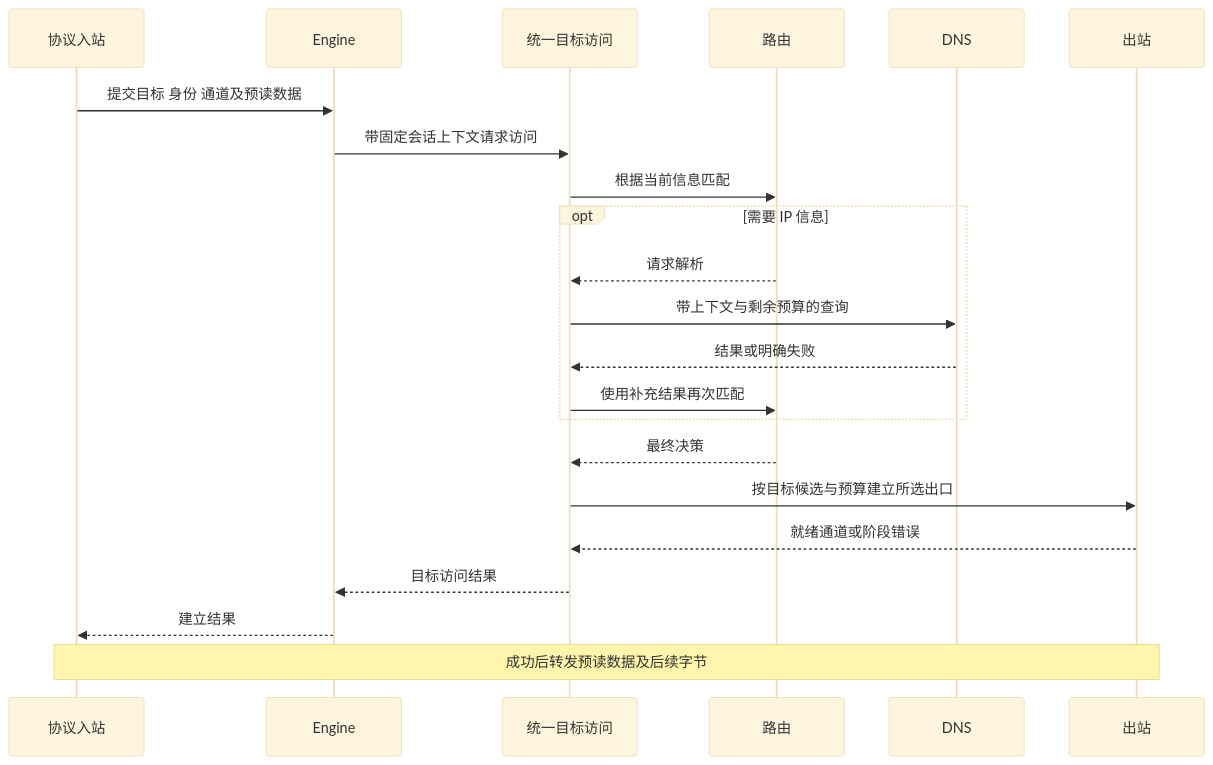
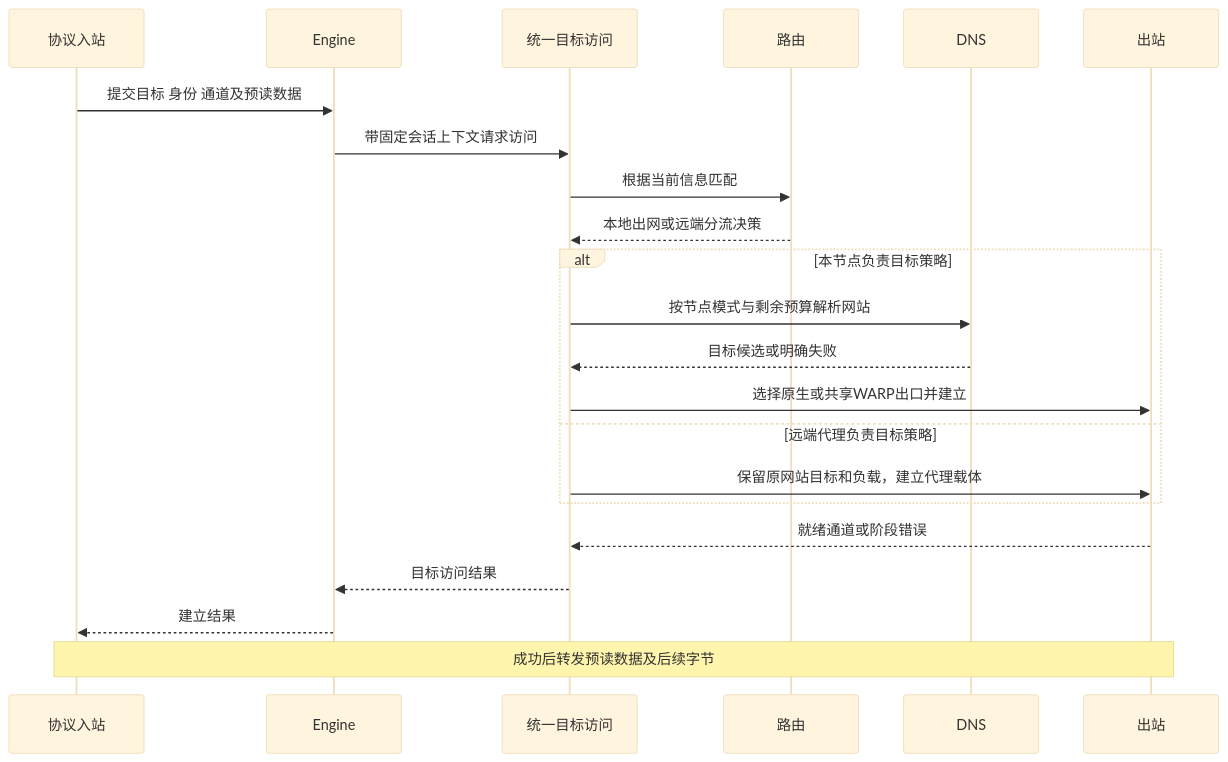
One commit to yuuuki-creation/kerlico changed the diagram in docs/data-paths.md. Above: the diagram before and after it, drawn with Mermaid (base theme). The commit also changed other lines of this file and 588 other files, not shown here.

````diff
--- a/docs/data-paths.md
+++ b/docs/data-paths.md
@@ -28,24 +30,24 @@
 ```mermaid
 sequenceDiagram
     participant I as 协议入站
     participant E as Engine
     participant A as 统一目标访问
     participant R as 路由
     participant D as DNS
     participant O as 出站
     I->>E: 提交目标 身份 通道及预读数据
     E->>A: 带固定会话上下文请求访问
     A->>R: 根据当前信息匹配
-    opt 需要 IP 信息
-        R-->>A: 请求解析
-        A->>D: 带上下文与剩余预算的查询
-        D-->>A: 结果或明确失败
-        A->>R: 使用补充结果再次匹配
+    R-->>A: 本地出网或远端分流决策
+    alt 本节点负责目标策略
+        A->>D: 按节点模式与剩余预算解析网站
+        D-->>A: 目标候选或明确失败
+        A->>O: 选择原生或共享WARP出口并建立
+    else 远端代理负责目标策略
+        A->>O: 保留原网站目标和负载，建立代理载体
     end
-    R-->>A: 最终决策
-    A->>O: 按目标候选与预算建立所选出口
     O-->>A: 就绪通道或阶段错误
     A-->>E: 目标访问结果
     E-->>I: 建立结果
     Note over I,O: 成功后转发预读数据及后续字节
 ```
````
